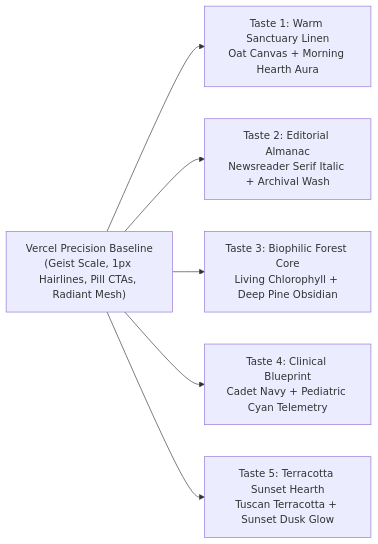
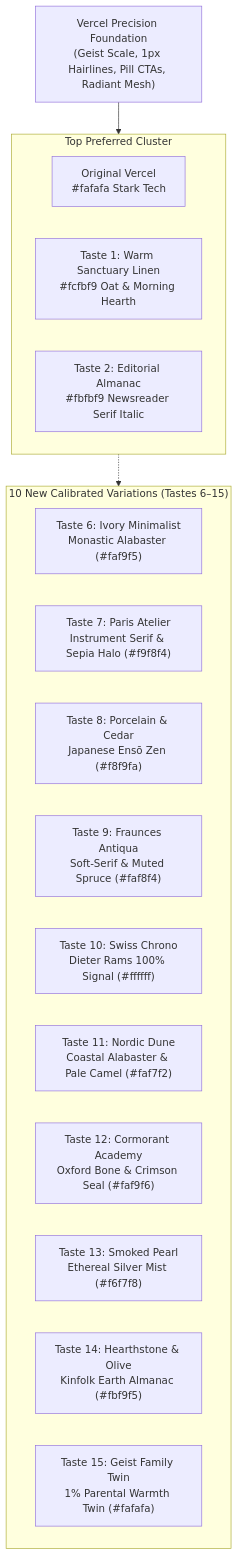
One commit to Souheil007/AlongSide changed the diagram in docs/design/DESIGN-vercel-taste-evolutions.md. Above: the diagram before and after it, drawn with Mermaid. The commit also changed other lines of this file and 14 other files, not shown here.

````diff
--- a/docs/design/DESIGN-vercel-taste-evolutions.md
+++ b/docs/design/DESIGN-vercel-taste-evolutions.md
@@ -27,9 +22,27 @@
 ```mermaid
-graph LR
-    VercelBase["Vercel Precision Baseline<br/>(Geist Scale, 1px Hairlines, Pill CTAs, Radiant Mesh)"]
-    VercelBase --> T1["Taste 1: Warm Sanctuary Linen<br/>Oat Canvas + Morning Hearth Aura"]
-    VercelBase --> T2["Taste 2: Editorial Almanac<br/>Newsreader Serif Italic + Archival Wash"]
-    VercelBase --> T3["Taste 3: Biophilic Forest Core<br/>Living Chlorophyll + Deep Pine Obsidian"]
-    VercelBase --> T4["Taste 4: Clinical Blueprint<br/>Cadet Navy + Pediatric Cyan Telemetry"]
-    VercelBase --> T5["Taste 5: Terracotta Sunset Hearth<br/>Tuscan Terracotta + Sunset Dusk Glow"]
+graph TD
+    VercelCore["Vercel Precision Foundation<br/>(Geist Scale, 1px Hairlines, Pill CTAs, Radiant Mesh)"]
+    
+    subgraph PreferredCluster["Top Preferred Cluster"]
+        T_Orig["Original Vercel<br/>#fafafa Stark Tech"]
+        T1["Taste 1: Warm Sanctuary Linen<br/>#fcfbf9 Oat & Morning Hearth"]
+        T2["Taste 2: Editorial Almanac<br/>#fbfbf9 Newsreader Serif Italic"]
+    end
+    
+    VercelCore --> PreferredCluster
+    
+    subgraph NewVariations["10 New Calibrated Variations (Tastes 6–15)"]
+        T6["Taste 6: Ivory Minimalist<br/>Monastic Alabaster (#faf9f5)"]
+        T7["Taste 7: Paris Atelier<br/>Instrument Serif & Sepia Halo (#f9f8f4)"]
+        T8["Taste 8: Porcelain & Cedar<br/>Japanese Ensō Zen (#f8f9fa)"]
+        T9["Taste 9: Fraunces Antiqua<br/>Soft-Serif & Muted Spruce (#faf8f4)"]
+        T10["Taste 10: Swiss Chrono<br/>Dieter Rams 100% Signal (#ffffff)"]
+        T11["Taste 11: Nordic Dune<br/>Coastal Alabaster & Pale Camel (#faf7f2)"]
+        T12["Taste 12: Cormorant Academy<br/>Oxford Bone & Crimson Seal (#faf9f6)"]
+        T13["Taste 13: Smoked Pearl<br/>Ethereal Silver Mist (#f6f7f8)"]
+        T14["Taste 14: Hearthstone & Olive<br/>Kinfolk Earth Almanac (#fbf9f5)"]
+        T15["Taste 15: Geist Family Twin<br/>1% Parental Warmth Twin (#fafafa)"]
+    end
+    
+    PreferredCluster -.-> NewVariations
 ```
````
